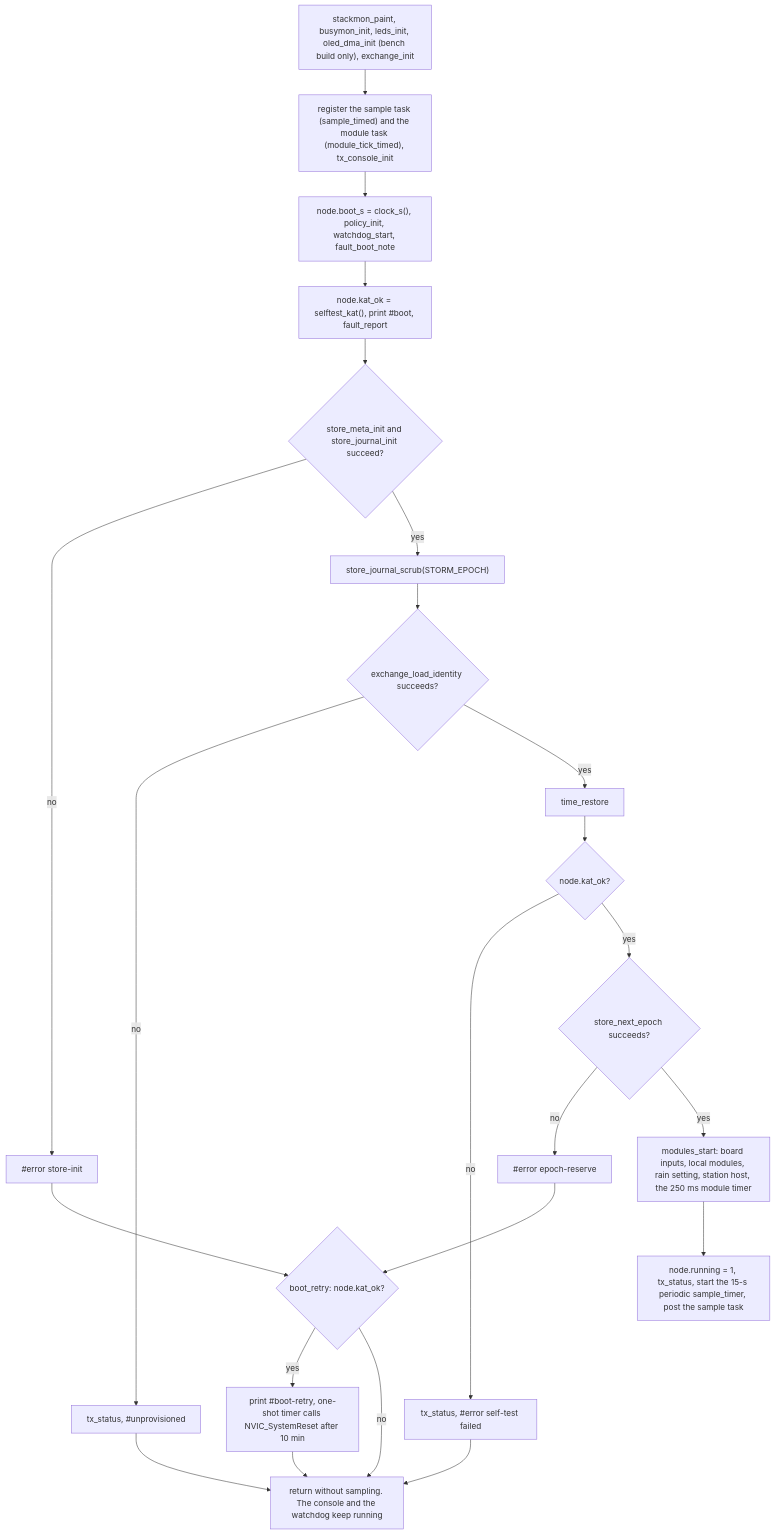
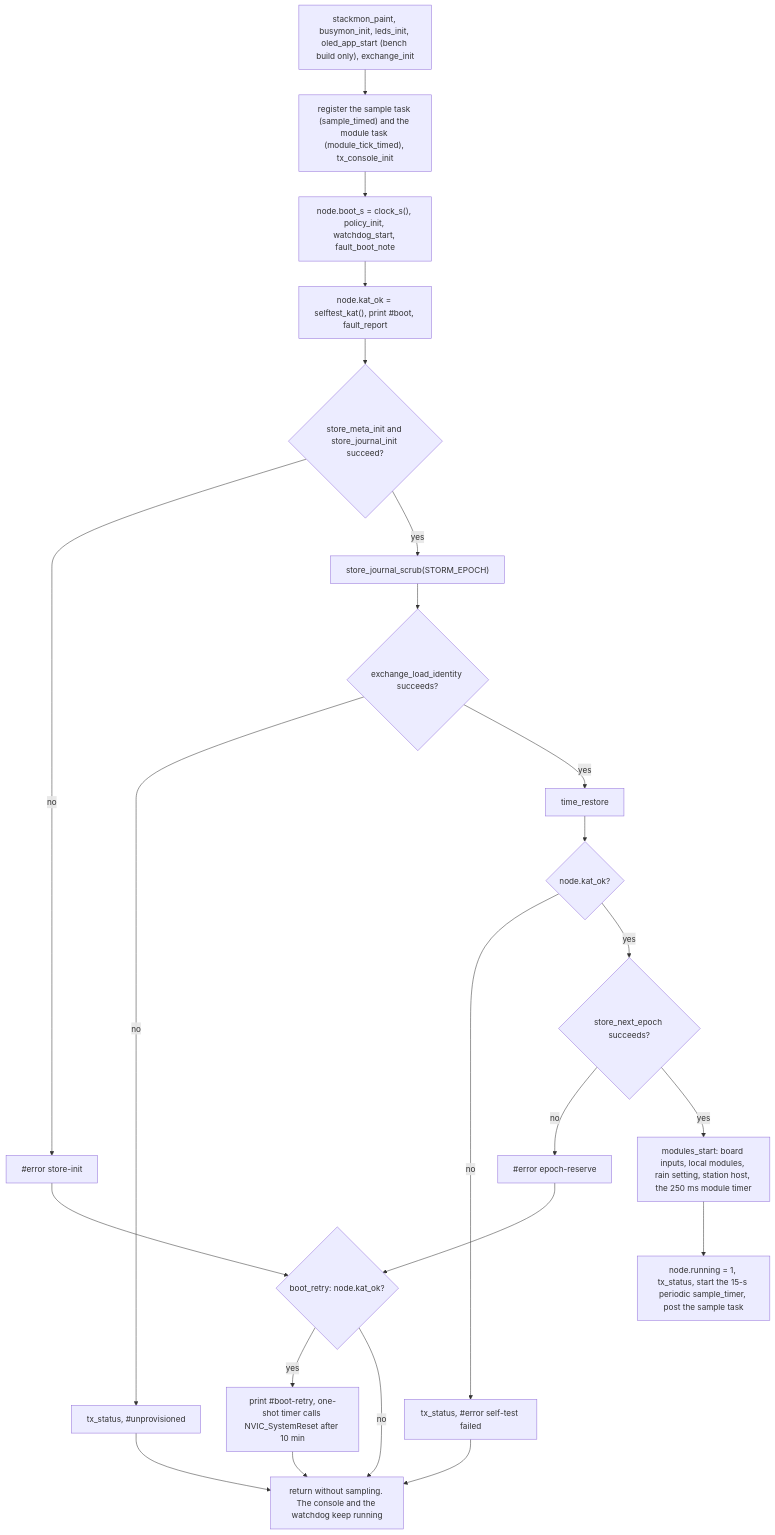
Before and after one commit to clintecker/weather-station-2026: the first of 4 diagrams in firmware/stage0-node/App/app_tx.lit.md, drawn with Mermaid. The commit also changed other lines of this file and 14 other files, not shown here.

````diff
--- a/firmware/stage0-node/App/app_tx.lit.md
+++ b/firmware/stage0-node/App/app_tx.lit.md
@@ -59,25 +59,25 @@
 ```mermaid
 flowchart TD
-  A["stackmon_paint, busymon_init, leds_init, oled_dma_init (bench build only), exchange_init"] --> B["register the sample task (sample_timed) and the module task (module_tick_timed), tx_console_init"]
+  A["stackmon_paint, busymon_init, leds_init, oled_app_start (bench build only), exchange_init"] --> B["register the sample task (sample_timed) and the module task (module_tick_timed), tx_console_init"]
   B --> C["node.boot_s = clock_s(), policy_init, watchdog_start, fault_boot_note"]
   C --> D["node.kat_ok = selftest_kat(), print #boot, fault_report"]
   D --> E{"store_meta_init and store_journal_init succeed?"}
   E -- no --> E1["#error store-init"]
   E -- yes --> F["store_journal_scrub(STORM_EPOCH)"]
   F --> G{"exchange_load_identity succeeds?"}
   G -- no --> G1["tx_status, #unprovisioned"]
   G -- yes --> H["time_restore"]
   H --> I{"node.kat_ok?"}
   I -- no --> I1["tx_status, #error self-test failed"]
   I -- yes --> J{"store_next_epoch succeeds?"}
   J -- no --> J1["#error epoch-reserve"]
   J -- yes --> K["modules_start: board inputs, local modules, rain setting, station host, the 250 ms module timer"]
   K --> L["node.running = 1, tx_status, start the 15-s periodic sample_timer, post the sample task"]
   E1 --> R{"boot_retry: node.kat_ok?"}
   J1 --> R
   R -- yes --> R1["print #boot-retry, one-shot timer calls NVIC_SystemReset after 10 min"]
   R -- no --> X["return without sampling. The console and the watchdog keep running"]
   R1 --> X
   G1 --> X
   I1 --> X
 ```
````
